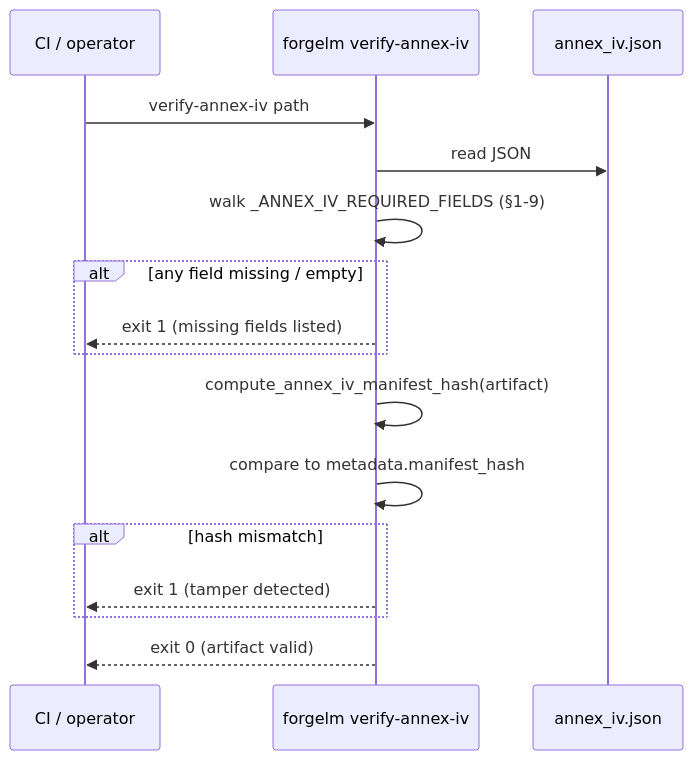
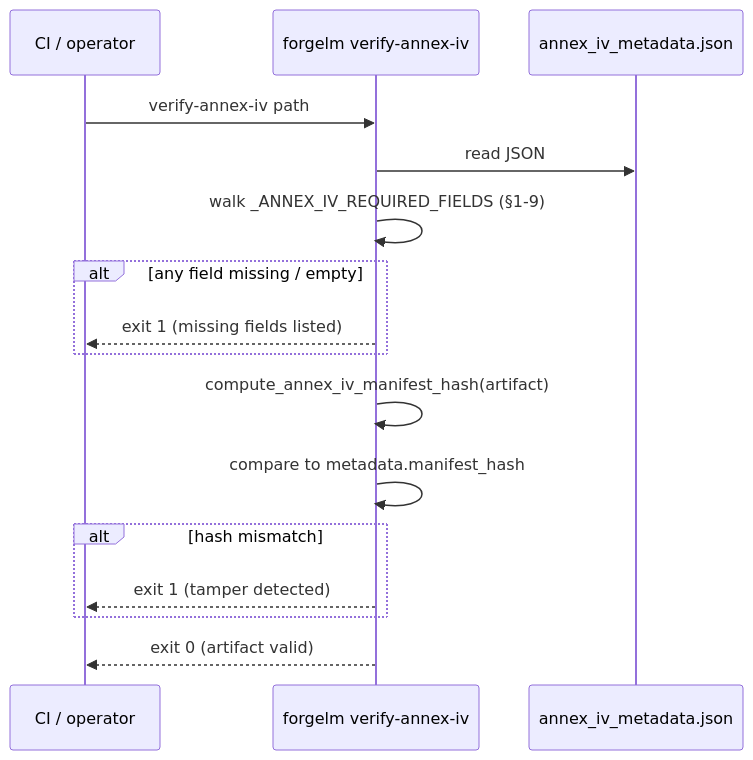
The diagram in docs/usermanuals/en/compliance/annex-iv.md (cemililik/ForgeLM), drawn with Mermaid before and after one commit. The commit also changed other lines of this file and 21 other files, not shown here.

````diff
--- a/docs/usermanuals/en/compliance/annex-iv.md
+++ b/docs/usermanuals/en/compliance/annex-iv.md
@@ -19,19 +19,19 @@
 ```mermaid
 sequenceDiagram
     participant CI as CI / operator
     participant Verify as forgelm verify-annex-iv
-    participant File as annex_iv.json
+    participant File as annex_iv_metadata.json
 
     CI->>Verify: verify-annex-iv path
     Verify->>File: read JSON
     Verify->>Verify: walk _ANNEX_IV_REQUIRED_FIELDS (§1-9)
     alt any field missing / empty
         Verify-->>CI: exit 1 (missing fields listed)
     end
     Verify->>Verify: compute_annex_iv_manifest_hash(artifact)
     Verify->>Verify: compare to metadata.manifest_hash
     alt hash mismatch
         Verify-->>CI: exit 1 (tamper detected)
     end
     Verify-->>CI: exit 0 (artifact valid)
 ```
````
